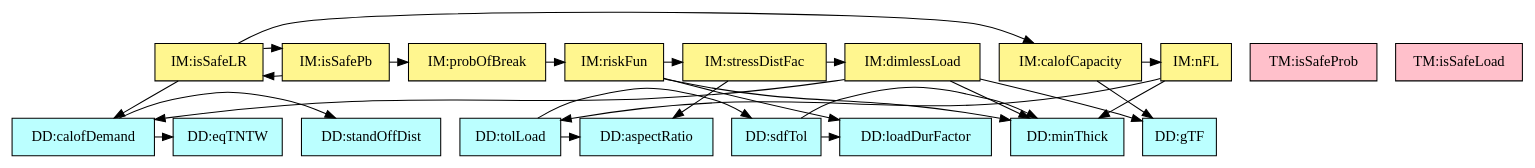
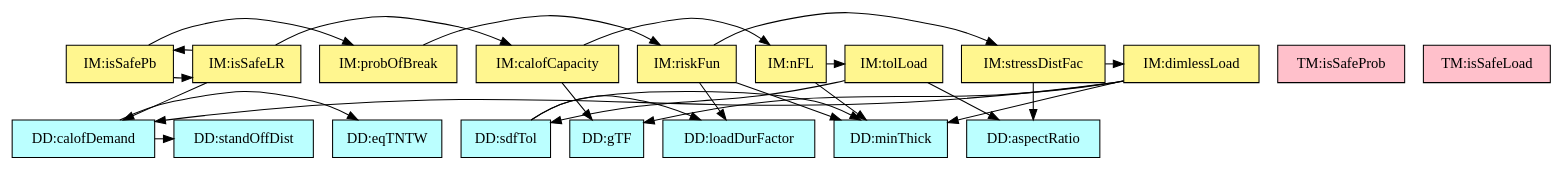
Before and after one commit to JacquesCarette/Drasil: the diagram in code/stable/glassbr/TraceyGraph/refvsref.dot, drawn with Graphviz. The commit also changed 12 other files, not shown here.

```diff
--- a/code/stable/glassbr/TraceyGraph/refvsref.dot
+++ b/code/stable/glassbr/TraceyGraph/refvsref.dot
@@ -1,65 +1,65 @@
 digraph refvsref {
-	tolLoad -> sdfTol;
-	tolLoad -> aR;
 	sdfTol -> minThick;
 	sdfTol -> loadDurFactor;
 	demandq -> stdOffDist;
 	demandq -> eqTNTChar;
 	riskFun -> minThick;
 	riskFun -> loadDurFactor;
 	riskFun -> stressDistFac;
 	stressDistFac -> aR;
 	stressDistFac -> dimlessLoad;
 	nFL -> minThick;
 	nFL -> tolLoad;
 	dimlessLoad -> minThick;
 	dimlessLoad -> glassTypeFac;
 	dimlessLoad -> demandq;
+	tolLoad -> sdfTol;
+	tolLoad -> aR;
 	probBr -> riskFun;
 	lResistance -> glassTypeFac;
 	lResistance -> nFL;
 	isSafePb -> probBr;
 	isSafePb -> isSafeLR;
 	isSafeLR -> demandq;
 	isSafeLR -> lResistance;
 	isSafeLR -> isSafePb;
 
 
 	minThick	[shape=box, color=black, style=filled, fillcolor=paleturquoise1, label="DD:minThick"];
 	loadDurFactor	[shape=box, color=black, style=filled, fillcolor=paleturquoise1, label="DD:loadDurFactor"];
 	glassTypeFac	[shape=box, color=black, style=filled, fillcolor=paleturquoise1, label="DD:gTF"];
-	tolLoad	[shape=box, color=black, style=filled, fillcolor=paleturquoise1, label="DD:tolLoad"];
 	sdfTol	[shape=box, color=black, style=filled, fillcolor=paleturquoise1, label="DD:sdfTol"];
 	stdOffDist	[shape=box, color=black, style=filled, fillcolor=paleturquoise1, label="DD:standOffDist"];
 	aR	[shape=box, color=black, style=filled, fillcolor=paleturquoise1, label="DD:aspectRatio"];
 	eqTNTChar	[shape=box, color=black, style=filled, fillcolor=paleturquoise1, label="DD:eqTNTW"];
 	demandq	[shape=box, color=black, style=filled, fillcolor=paleturquoise1, label="DD:calofDemand"];
 
 	subgraph DD {
 	rank="same"
-	{minThick, loadDurFactor, glassTypeFac, tolLoad, sdfTol, stdOffDist, aR, eqTNTChar, demandq}
+	{minThick, loadDurFactor, glassTypeFac, sdfTol, stdOffDist, aR, eqTNTChar, demandq}
 	}
 
 	isSafeProb	[shape=box, color=black, style=filled, fillcolor=pink, label="TM:isSafeProb"];
 	isSafeLoad	[shape=box, color=black, style=filled, fillcolor=pink, label="TM:isSafeLoad"];
 
 	subgraph TM {
 	rank="same"
 	{isSafeProb, isSafeLoad}
 	}
 
 	riskFun	[shape=box, color=black, style=filled, fillcolor=khaki1, label="IM:riskFun"];
 	stressDistFac	[shape=box, color=black, style=filled, fillcolor=khaki1, label="IM:stressDistFac"];
 	nFL	[shape=box, color=black, style=filled, fillcolor=khaki1, label="IM:nFL"];
 	dimlessLoad	[shape=box, color=black, style=filled, fillcolor=khaki1, label="IM:dimlessLoad"];
+	tolLoad	[shape=box, color=black, style=filled, fillcolor=khaki1, label="IM:tolLoad"];
 	probBr	[shape=box, color=black, style=filled, fillcolor=khaki1, label="IM:probOfBreak"];
 	lResistance	[shape=box, color=black, style=filled, fillcolor=khaki1, label="IM:calofCapacity"];
 	isSafePb	[shape=box, color=black, style=filled, fillcolor=khaki1, label="IM:isSafePb"];
 	isSafeLR	[shape=box, color=black, style=filled, fillcolor=khaki1, label="IM:isSafeLR"];
 
 	subgraph IM {
 	rank="same"
-	{riskFun, stressDistFac, nFL, dimlessLoad, probBr, lResistance, isSafePb, isSafeLR}
+	{riskFun, stressDistFac, nFL, dimlessLoad, tolLoad, probBr, lResistance, isSafePb, isSafeLR}
 	}
 
 }
```
